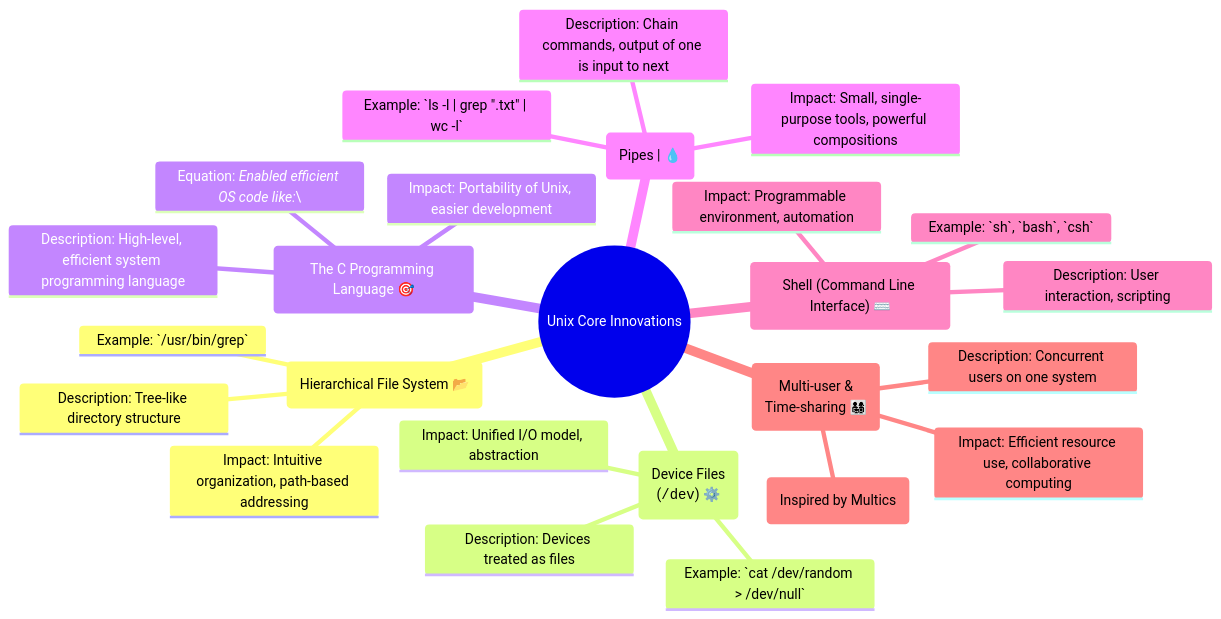
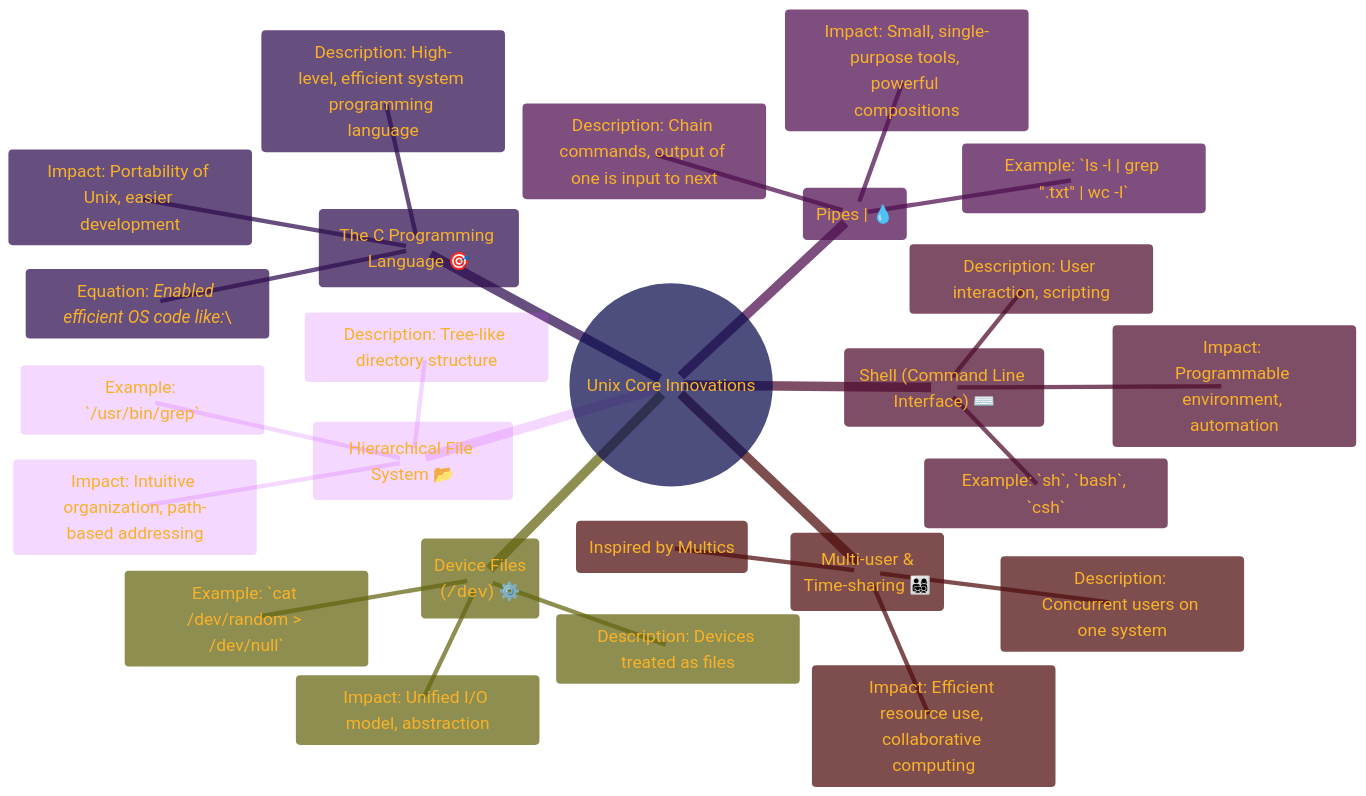
One commit to CongLeSolutionX/Digital-Bedrock-Landscape changed the third of 7 diagrams in THE_PAST/PART-4_Consolidated_info.md. Above: the diagram before and after it, drawn with Mermaid. The commit also changed other lines of this file, not shown here.

````diff
--- a/THE_PAST/PART-4_Consolidated_info.md
+++ b/THE_PAST/PART-4_Consolidated_info.md
@@ -171,35 +207,63 @@
 ```mermaid
+---
+title: "Overall Structure of the License Agreement"
+author: "Cong Le"
+version: "1.0"
+license(s): "MIT, CC BY 4.0"
+copyright: "Copyright (c) 2025 Cong Le. All Rights Reserved."
+config:
+  theme: base
+---
+%%%%%%%% Mermaid version v11.4.1-b.14
+%%{
+  init: {
+    'fontFamily': 'Andale Mono, monospace',
+    'mindmap': {
+	    'nodeAlign': 'center',
+	    'padding': 20
+    },
+    'themeVariables': {
+      'primaryColor': '#22BB',
+      'primaryTextColor': '#F8B229',
+      'primaryBorderColor': '#27AE60',
+      'secondaryColor': '#EBF3',
+      'secondaryTextColor': '#6C3483',
+      'secondaryBorderColor': '#A569BD',
+      'fontSize': '20px'
+    }
+  }
+}%%
 mindmap
   root((Unix Core Innovations))
     (Hierarchical File System 📂)
       ::icon(fa fa-folder-tree)
       Description: Tree-like directory structure
       Impact: Intuitive organization, path-based addressing
       Example: `/usr/bin/grep`
     ("Device Files<br/>(<code>/dev</code>) ⚙️")
       ::icon(fa fa-cog)
       Description: Devices treated as files
       Impact: Unified I/O model, abstraction
       Example: `cat /dev/random > /dev/null`
     ("The C Programming Language 🎯")
       ::icon(fa fa-bullseye)
       Description: High-level, efficient system programming language
       Impact: Portability of Unix, easier development
       Equation: *Enabled efficient OS code like:*\
       %% `while ((c = getchar()) != EOF)`
     ("Pipes <char>|</char> 💧")
       ::icon(fa fa-water)
       Description: Chain commands, output of one is input to next
       Impact: Small, single-purpose tools, powerful compositions
       Example: `ls -l | grep ".txt" | wc -l`
     ("Shell (Command Line Interface) ⌨️")
       ::icon(fa fa-keyboard)
       Description: User interaction, scripting
       Impact: Programmable environment, automation
       Example: `sh`, `bash`, `csh`
     ("Multi-user &<br/> Time-sharing 👨‍👩‍👧‍👦")
       ::icon(fa fa-users)
       Description: Concurrent users on one system
       Impact: Efficient resource use, collaborative computing
       (Inspired by Multics)
 ```
````
